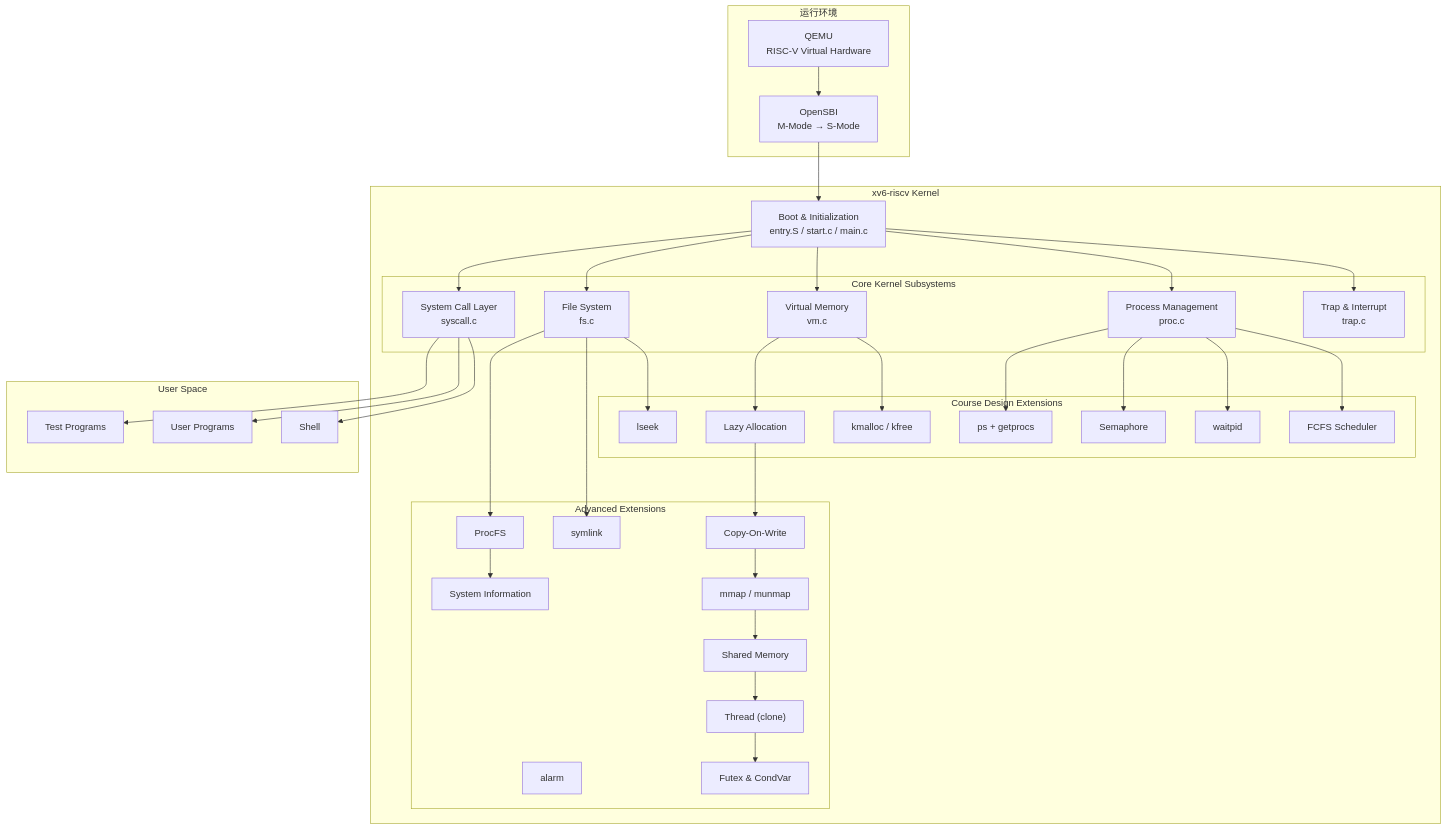
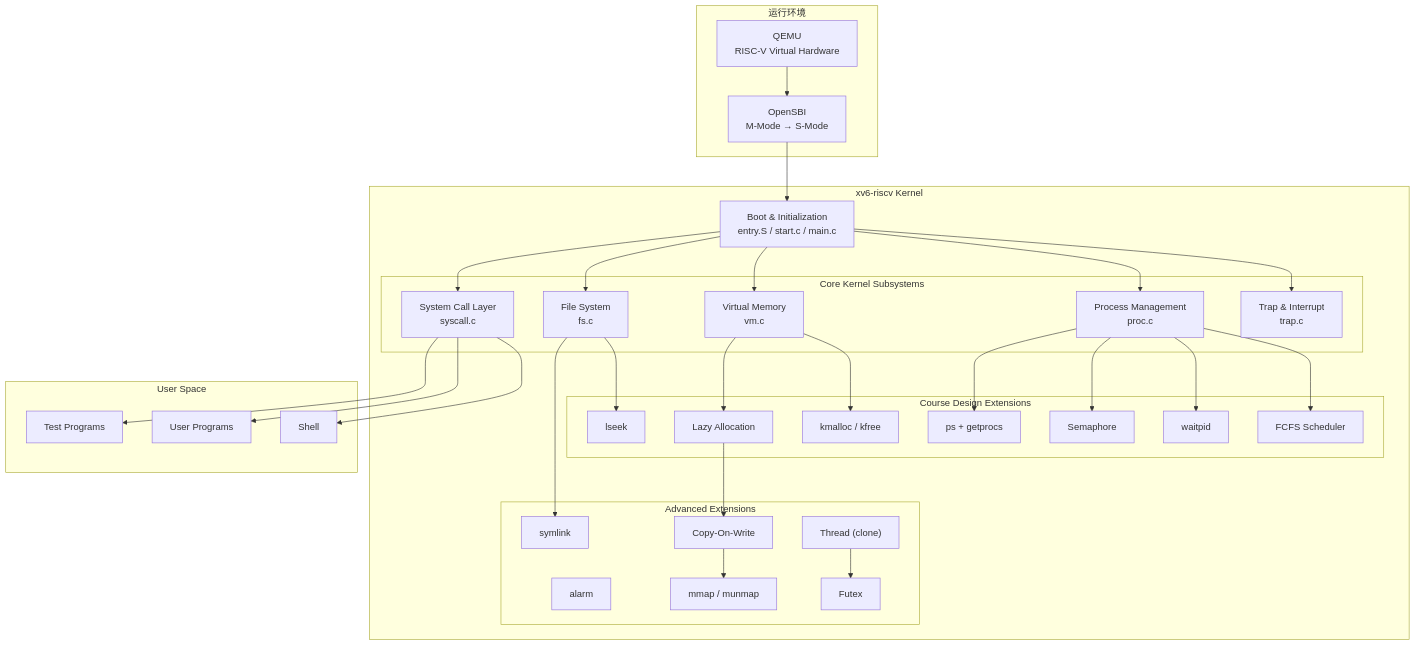
Before and after one commit to yuuichi33/OS: the first of 5 diagrams in docs/final_report.md, drawn with Mermaid. The commit also changed other lines of this file and 4 other files, not shown here.

````diff
--- a/docs/final_report.md
+++ b/docs/final_report.md
@@ -18,81 +30,73 @@
 ```mermaid
 graph TB
 
     subgraph Runtime["运行环境"]
         QEMU["QEMU<br/>RISC-V Virtual Hardware"]
         SBI["OpenSBI<br/>M-Mode → S-Mode"]
     end
 
     subgraph Kernel["xv6-riscv Kernel"]
         BOOT["Boot & Initialization<br/>entry.S / start.c / main.c"]
 
         subgraph Core["Core Kernel Subsystems"]
             TRAP["Trap & Interrupt<br/>trap.c"]
             PROC["Process Management<br/>proc.c"]
             VM["Virtual Memory<br/>vm.c"]
             FS["File System<br/>fs.c"]
             SYSCALL["System Call Layer<br/>syscall.c"]
         end
 
         subgraph Extension["Course Design Extensions"]
             KMALLOC["kmalloc / kfree"]
             LAZY["Lazy Allocation"]
             FCFS["FCFS Scheduler"]
             WAITPID["waitpid"]
             SEM["Semaphore"]
             LSEEK["lseek"]
             PS["ps + getprocs"]
         end
 
         subgraph Advanced["Advanced Extensions"]
             ALARM["alarm"]
             SYMLINK["symlink"]
             COW["Copy-On-Write"]
             MMAP["mmap / munmap"]
-            SHM["Shared Memory"]
             THREAD["Thread (clone)"]
-            FUTEX["Futex & CondVar"]
-            PROCFS["ProcFS"]
-            SYSINFO["System Information"]
+            FUTEX["Futex"]
         end
     end
 
     subgraph User["User Space"]
         SH["Shell"]
         APPS["User Programs"]
         TEST["Test Programs"]
     end
 
     QEMU --> SBI
     SBI --> BOOT
 
     BOOT --> TRAP
     BOOT --> PROC
     BOOT --> VM
     BOOT --> FS
     BOOT --> SYSCALL
 
     SYSCALL --> SH
     SYSCALL --> APPS
     SYSCALL --> TEST
 
     VM --> KMALLOC
     VM --> LAZY
     PROC --> FCFS
     PROC --> WAITPID
     PROC --> SEM
     FS --> LSEEK
     PROC --> PS
 
     LAZY --> COW
     COW --> MMAP
-    MMAP --> SHM
 
-    SHM --> THREAD
     THREAD --> FUTEX
 
     FS --> SYMLINK
-    FS --> PROCFS
-    PROCFS --> SYSINFO
-
 ```
````
